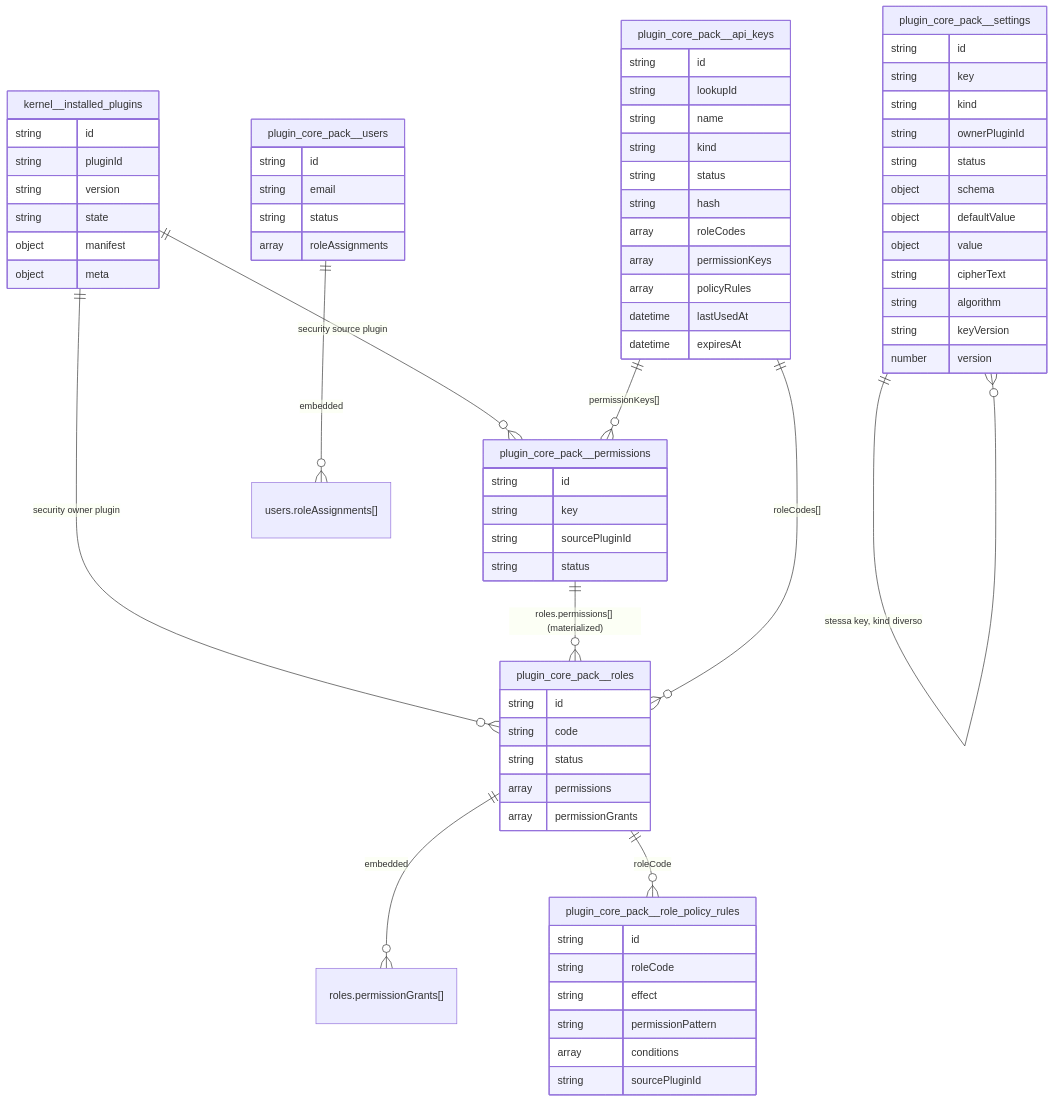
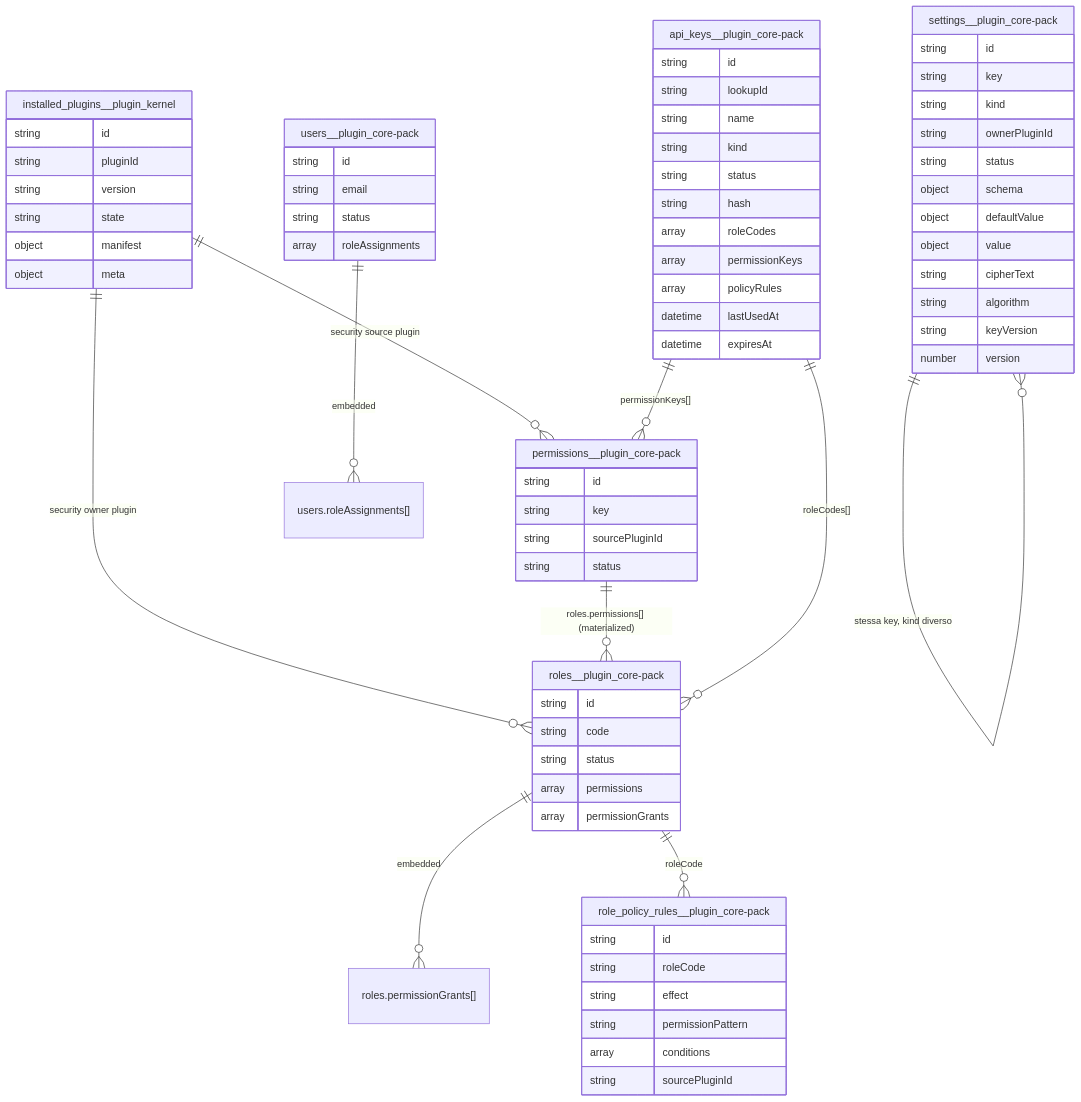
Before and after one commit to tascaenzo/trinacria-cms: the diagram in docs/cms/it/0004-persistence-mongo-e-entity.md, drawn with Mermaid. The commit also changed other lines of this file and 36 other files, not shown here.

````diff
--- a/docs/cms/it/0004-persistence-mongo-e-entity.md
+++ b/docs/cms/it/0004-persistence-mongo-e-entity.md
@@ -126,81 +127,81 @@
 ```mermaid
 erDiagram
-  "kernel__installed_plugins" ||--o{ "plugin_core_pack__permissions" : "security source plugin"
-  "kernel__installed_plugins" ||--o{ "plugin_core_pack__roles" : "security owner plugin"
-  "plugin_core_pack__users" ||--o{ "users.roleAssignments[]" : "embedded"
-  "plugin_core_pack__roles" ||--o{ "roles.permissionGrants[]" : "embedded"
-  "plugin_core_pack__roles" ||--o{ "plugin_core_pack__role_policy_rules" : "roleCode"
-  "plugin_core_pack__permissions" ||--o{ "plugin_core_pack__roles" : "roles.permissions[] (materialized)"
-  "plugin_core_pack__api_keys" ||--o{ "plugin_core_pack__roles" : "roleCodes[]"
-  "plugin_core_pack__api_keys" ||--o{ "plugin_core_pack__permissions" : "permissionKeys[]"
-  "plugin_core_pack__settings" ||--o{ "plugin_core_pack__settings" : "stessa key, kind diverso"
+  "installed_plugins__plugin_kernel" ||--o{ "permissions__plugin_core-pack" : "security source plugin"
+  "installed_plugins__plugin_kernel" ||--o{ "roles__plugin_core-pack" : "security owner plugin"
+  "users__plugin_core-pack" ||--o{ "users.roleAssignments[]" : "embedded"
+  "roles__plugin_core-pack" ||--o{ "roles.permissionGrants[]" : "embedded"
+  "roles__plugin_core-pack" ||--o{ "role_policy_rules__plugin_core-pack" : "roleCode"
+  "permissions__plugin_core-pack" ||--o{ "roles__plugin_core-pack" : "roles.permissions[] (materialized)"
+  "api_keys__plugin_core-pack" ||--o{ "roles__plugin_core-pack" : "roleCodes[]"
+  "api_keys__plugin_core-pack" ||--o{ "permissions__plugin_core-pack" : "permissionKeys[]"
+  "settings__plugin_core-pack" ||--o{ "settings__plugin_core-pack" : "stessa key, kind diverso"
 
-  "kernel__installed_plugins" {
+  "installed_plugins__plugin_kernel" {
     string id
     string pluginId
     string version
     string state
     object manifest
     object meta
   }
 
-  "plugin_core_pack__users" {
+  "users__plugin_core-pack" {
     string id
     string email
     string status
     array roleAssignments
   }
 
-  "plugin_core_pack__roles" {
+  "roles__plugin_core-pack" {
     string id
     string code
     string status
     array permissions
     array permissionGrants
   }
 
-  "plugin_core_pack__permissions" {
+  "permissions__plugin_core-pack" {
     string id
     string key
     string sourcePluginId
     string status
   }
 
-  "plugin_core_pack__role_policy_rules" {
+  "role_policy_rules__plugin_core-pack" {
     string id
     string roleCode
     string effect
     string permissionPattern
     array conditions
     string sourcePluginId
   }
 
-  "plugin_core_pack__api_keys" {
+  "api_keys__plugin_core-pack" {
     string id
     string lookupId
     string name
     string kind
     string status
     string hash
     array roleCodes
     array permissionKeys
     array policyRules
     datetime lastUsedAt
     datetime expiresAt
   }
 
-  "plugin_core_pack__settings" {
+  "settings__plugin_core-pack" {
     string id
     string key
     string kind
     string ownerPluginId
     string status
     object schema
     object defaultValue
     object value
     string cipherText
     string algorithm
     string keyVersion
     number version
   }
 ```
````
